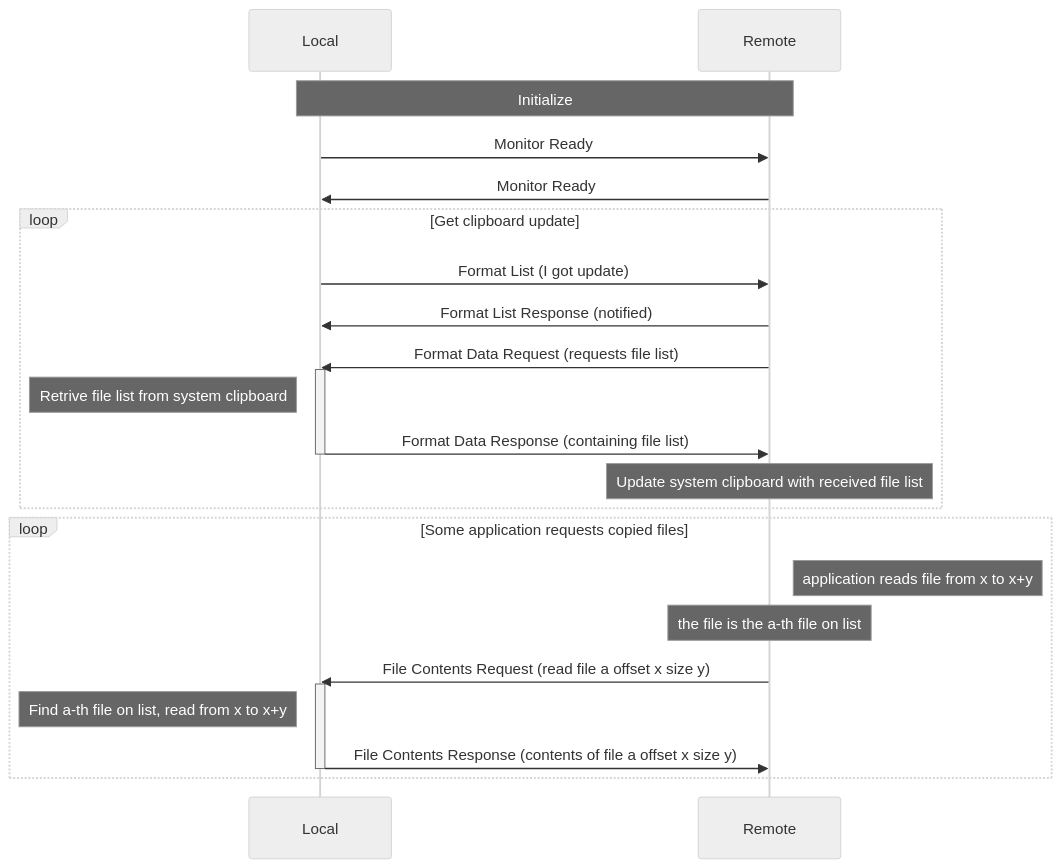
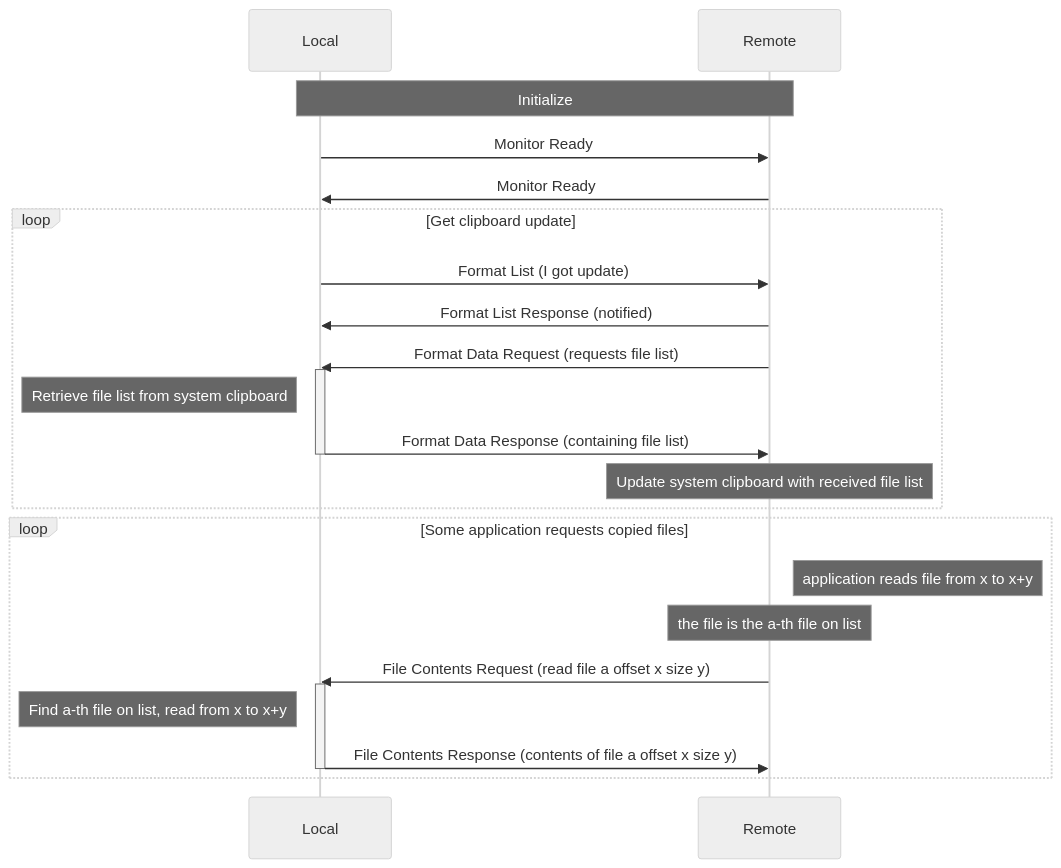
One commit to luoda2023-web/custom-rustdesk changed the diagram in libs/clipboard/README.md. Above: the diagram before and after it, drawn with Mermaid (neutral theme). The commit also changed other lines of this file and 376 other files, not shown here.

````diff
--- a/libs/clipboard/README.md
+++ b/libs/clipboard/README.md
@@ -41,27 +41,27 @@
 ```mermaid
 sequenceDiagram
     participant l as Local
     participant r as Remote
     note over l, r: Initialize
     l ->> r: Monitor Ready
     r ->> l: Monitor Ready
     loop Get clipboard update
         l ->> r: Format List (I got update)
         r ->> l: Format List Response (notified)
         r ->> l: Format Data Request (requests file list)
         activate l
-            note left of l: Retrive file list from system clipboard
+            note left of l: Retrieve file list from system clipboard
             l ->> r: Format Data Response (containing file list)
         deactivate l
         note over r: Update system clipboard with received file list
     end
     loop Some application requests copied files
         note right of r: application reads file from x to x+y
         note over r: the file is the a-th file on list
         r ->> l: File Contents Request (read file a offset x size y)
         activate l
             note left of l: Find a-th file on list, read from x to x+y
             l ->> r: File Contents Response (contents of file a offset x size y)
         deactivate l
     end
 ```
````
